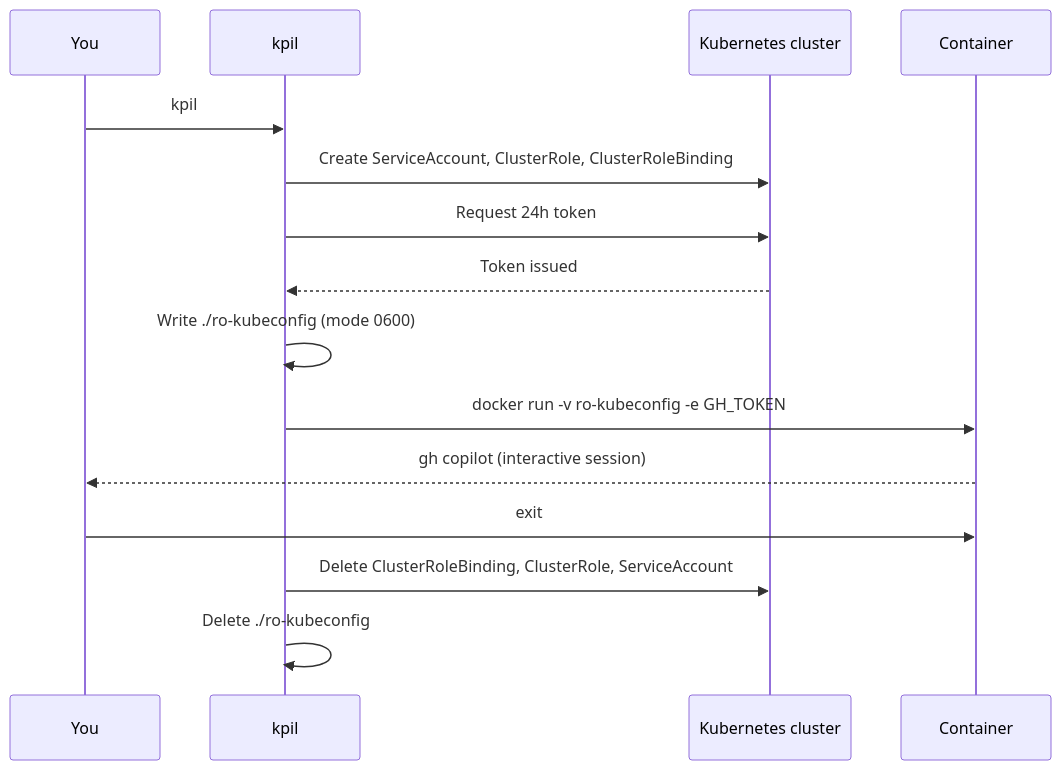
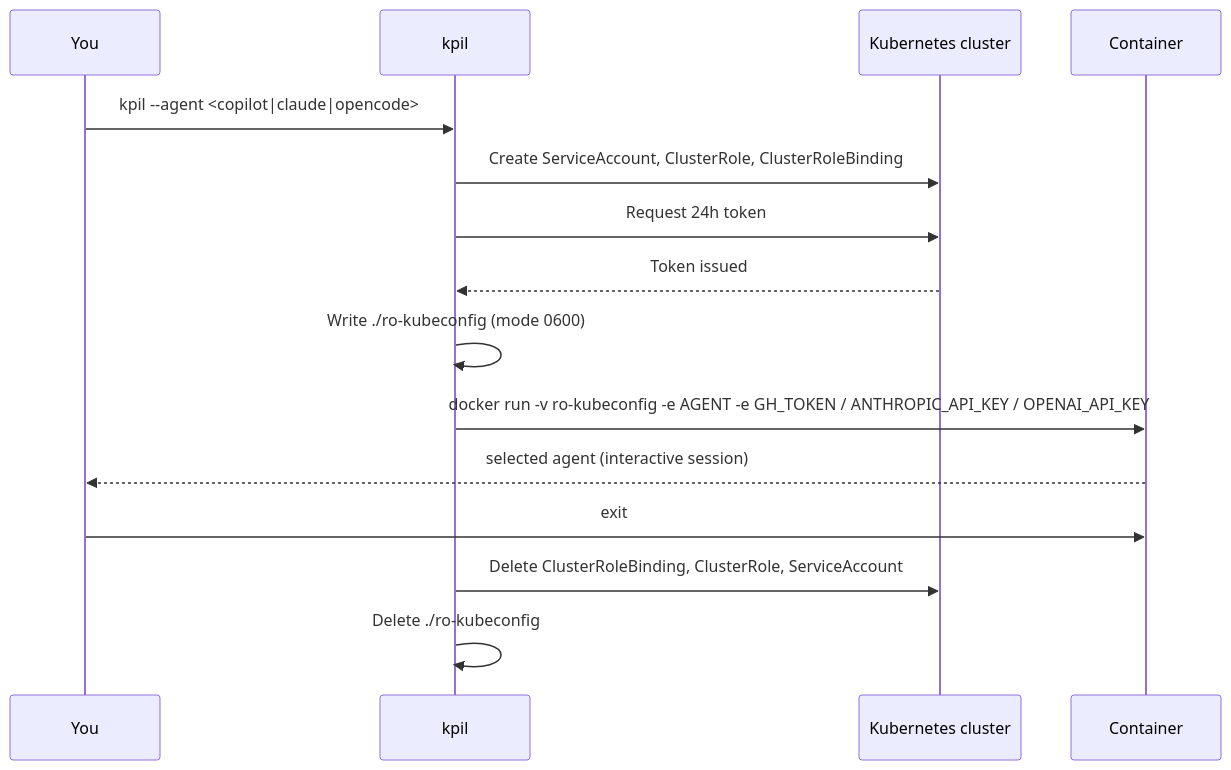
The diagram in site/content/docs/getting-started.md (qjoly/kpil), drawn with Mermaid before and after one commit. The commit also changed other lines of this file and 7 other files, not shown here.

````diff
--- a/site/content/docs/getting-started.md
+++ b/site/content/docs/getting-started.md
@@ -68,18 +85,18 @@
 ```mermaid
 sequenceDiagram
     participant U as You
     participant K as kpil
     participant C as Kubernetes cluster
     participant D as Container
 
-    U->>K: kpil
+    U->>K: kpil --agent <copilot|claude|opencode>
     K->>C: Create ServiceAccount, ClusterRole, ClusterRoleBinding
     K->>C: Request 24h token
     C-->>K: Token issued
     K->>K: Write ./ro-kubeconfig (mode 0600)
-    K->>D: docker run -v ro-kubeconfig -e GH_TOKEN
-    D-->>U: gh copilot (interactive session)
+    K->>D: docker run -v ro-kubeconfig -e AGENT -e GH_TOKEN / ANTHROPIC_API_KEY / OPENAI_API_KEY
+    D-->>U: selected agent (interactive session)
     U->>D: exit
     K->>C: Delete ClusterRoleBinding, ClusterRole, ServiceAccount
     K->>K: Delete ./ro-kubeconfig
 ```
````
